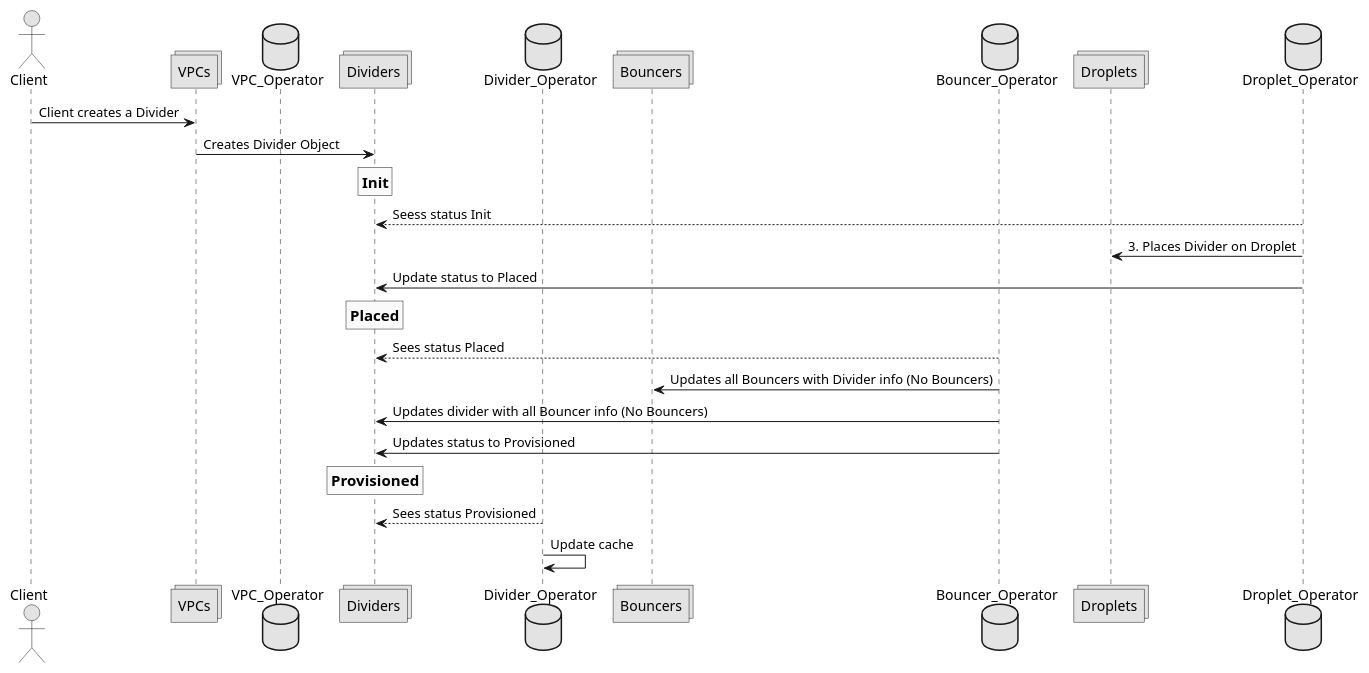
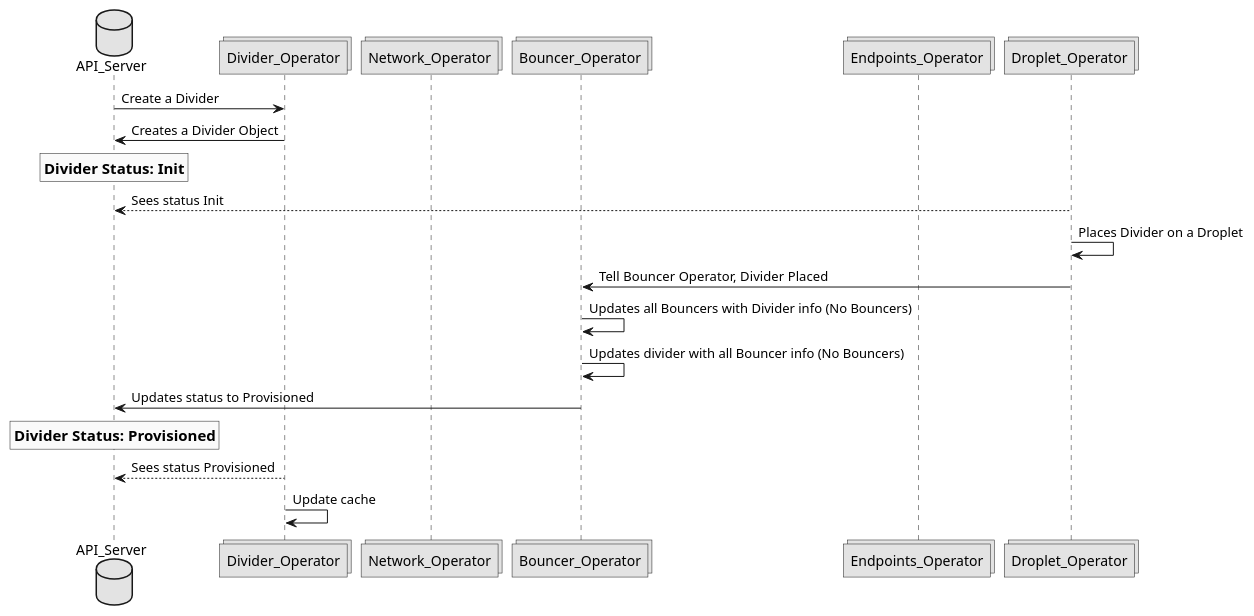
One commit to CentaurusInfra/mizar changed the diagram in Documentation/design/figures/create_divider_workflow.puml. Above: the diagram before and after it, drawn with PlantUML. The commit also changed 5 other files, not shown here.

Commit message:
Update to workflow diagrams

```diff
--- a/Documentation/design/figures/create_divider_workflow.puml
+++ b/Documentation/design/figures/create_divider_workflow.puml
@@ -1,30 +1,27 @@
 @startuml
 
 skinparam monochrome true
 
-actor Client
-collections VPCs
-database VPC_Operator
-collections Dividers
-database Divider_Operator
-collections Bouncers
-database Bouncer_Operator
-collections Droplets
-database Droplet_Operator
+database API_Server
+collections Divider_Operator
+collections Network_Operator
+collections Bouncer_Operator
+collections Endpoints_Operator
+collections Droplet_Operator
 
-Client -> VPCs : Client creates a Divider
-VPCs -> Dividers: Creates Divider Object
-rnote over Dividers: == Init
-Droplet_Operator --> Dividers: Seess status Init
-Droplet_Operator -> Droplets: 3. Places Divider on Droplet
-Droplet_Operator -> Dividers: Update status to Placed
-rnote over Dividers: == Placed
-Bouncer_Operator --> Dividers: Sees status Placed
-Bouncer_Operator -> Bouncers: Updates all Bouncers with Divider info (No Bouncers)
-Bouncer_Operator -> Dividers: Updates divider with all Bouncer info (No Bouncers)
-Bouncer_Operator -> Dividers: Updates status to Provisioned
-rnote over Dividers: == Provisioned
-Divider_Operator --> Dividers: Sees status Provisioned
+API_Server -> Divider_Operator: Create a Divider
+Divider_Operator -> API_Server: Creates a Divider Object
+rnote over API_Server: ==Divider Status: Init
+
+Droplet_Operator --> API_Server: Sees status Init
+Droplet_Operator -> Droplet_Operator: Places Divider on a Droplet
+Droplet_Operator -> Bouncer_Operator: Tell Bouncer Operator, Divider Placed
+
+Bouncer_Operator -> Bouncer_Operator: Updates all Bouncers with Divider info (No Bouncers)
+Bouncer_Operator -> Bouncer_Operator: Updates divider with all Bouncer info (No Bouncers)
+Bouncer_Operator -> API_Server: Updates status to Provisioned
+rnote over API_Server: ==Divider Status: Provisioned
+Divider_Operator --> API_Server: Sees status Provisioned
 Divider_Operator -> Divider_Operator: Update cache
 
 @enduml
```
